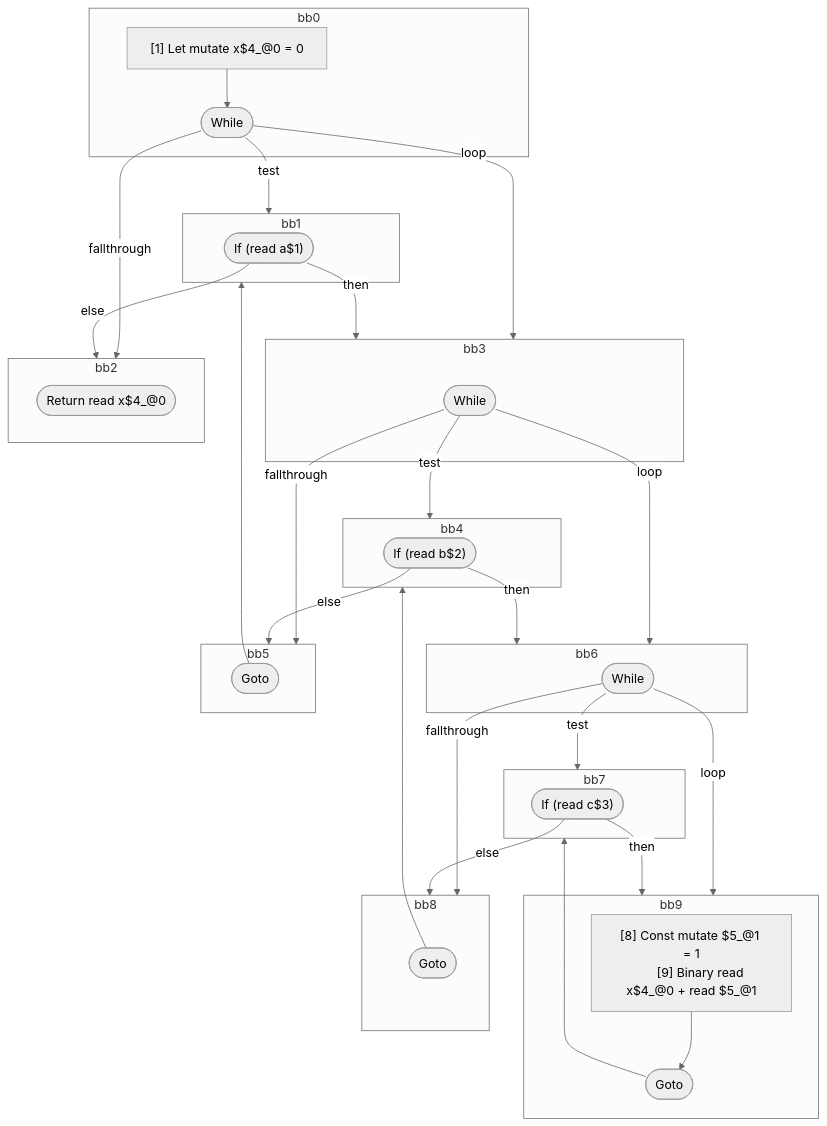
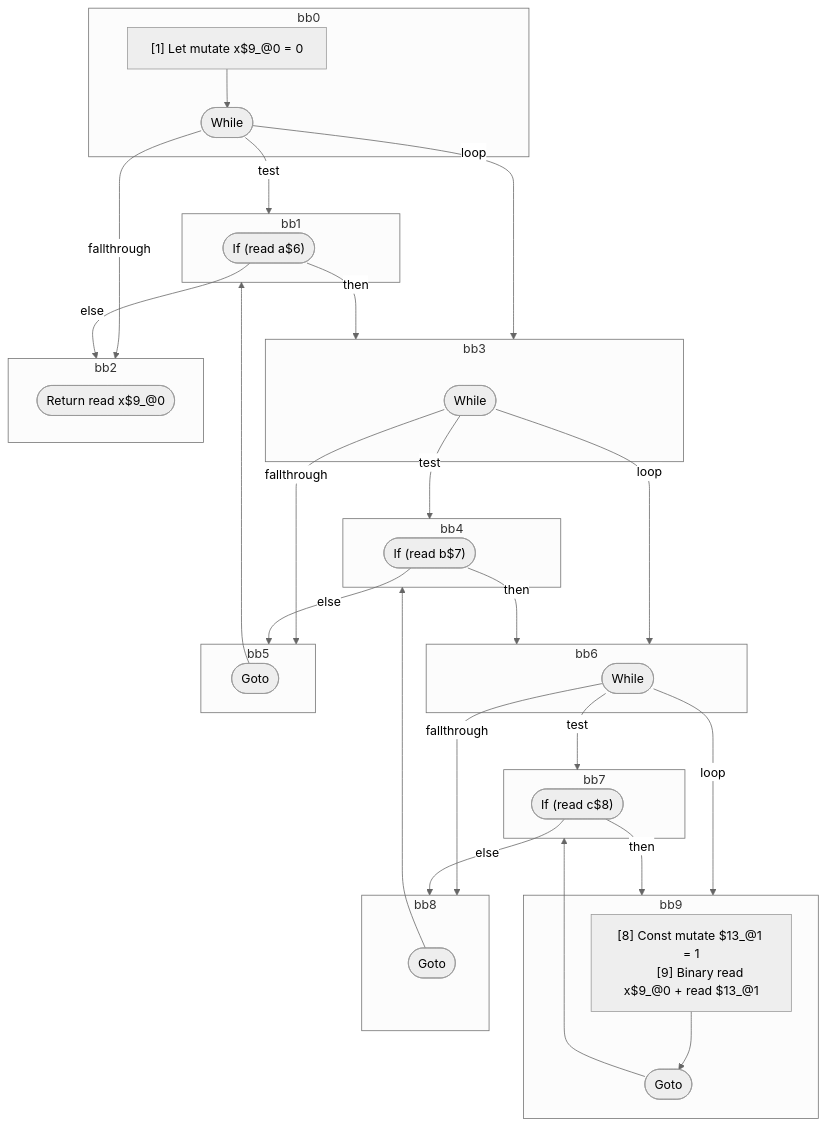
The diagram in compiler/forget/src/__tests__/fixtures/hir/ssa-nested-loops-no-reassign.expect.md (wutsmog/private), drawn with Mermaid (neutral theme) before and after one commit. The commit also changed other lines of this file and 59 other files, not shown here.

````diff
--- a/compiler/forget/src/__tests__/fixtures/hir/ssa-nested-loops-no-reassign.expect.md
+++ b/compiler/forget/src/__tests__/fixtures/hir/ssa-nested-loops-no-reassign.expect.md
@@ -59,62 +59,62 @@
 ```mermaid
 flowchart TB
   %% Basic Blocks
   subgraph bb0
     bb0_instrs["
-      [1] Let mutate x$4_@0 = 0
+      [1] Let mutate x$9_@0 = 0
     "]
     bb0_instrs --> bb0_terminal(["While"])
   end
   subgraph bb1
-    bb1_terminal(["If (read a$1)"])
+    bb1_terminal(["If (read a$6)"])
   end
   subgraph bb3
     bb3_terminal(["While"])
   end
   subgraph bb4
-    bb4_terminal(["If (read b$2)"])
+    bb4_terminal(["If (read b$7)"])
   end
   subgraph bb6
     bb6_terminal(["While"])
   end
   subgraph bb7
-    bb7_terminal(["If (read c$3)"])
+    bb7_terminal(["If (read c$8)"])
   end
   subgraph bb9
     bb9_instrs["
-      [8] Const mutate $5_@1 = 1
-      [9] Binary read x$4_@0 + read $5_@1
+      [8] Const mutate $13_@1 = 1
+      [9] Binary read x$9_@0 + read $13_@1
     "]
     bb9_instrs --> bb9_terminal(["Goto"])
   end
   subgraph bb8
     bb8_terminal(["Goto"])
   end
   subgraph bb5
     bb5_terminal(["Goto"])
   end
   subgraph bb2
-    bb2_terminal(["Return read x$4_@0"])
+    bb2_terminal(["Return read x$9_@0"])
   end
 
   %% Jumps
   bb0_terminal -- "test" --> bb1
   bb0_terminal -- "loop" --> bb3
   bb0_terminal -- "fallthrough" --> bb2
   bb1_terminal -- "then" --> bb3
   bb1_terminal -- "else" --> bb2
   bb3_terminal -- "test" --> bb4
   bb3_terminal -- "loop" --> bb6
   bb3_terminal -- "fallthrough" --> bb5
   bb4_terminal -- "then" --> bb6
   bb4_terminal -- "else" --> bb5
   bb6_terminal -- "test" --> bb7
   bb6_terminal -- "loop" --> bb9
   bb6_terminal -- "fallthrough" --> bb8
   bb7_terminal -- "then" --> bb9
   bb7_terminal -- "else" --> bb8
   bb9_terminal --> bb7
   bb8_terminal --> bb4
   bb5_terminal --> bb1
 
 ```
````
